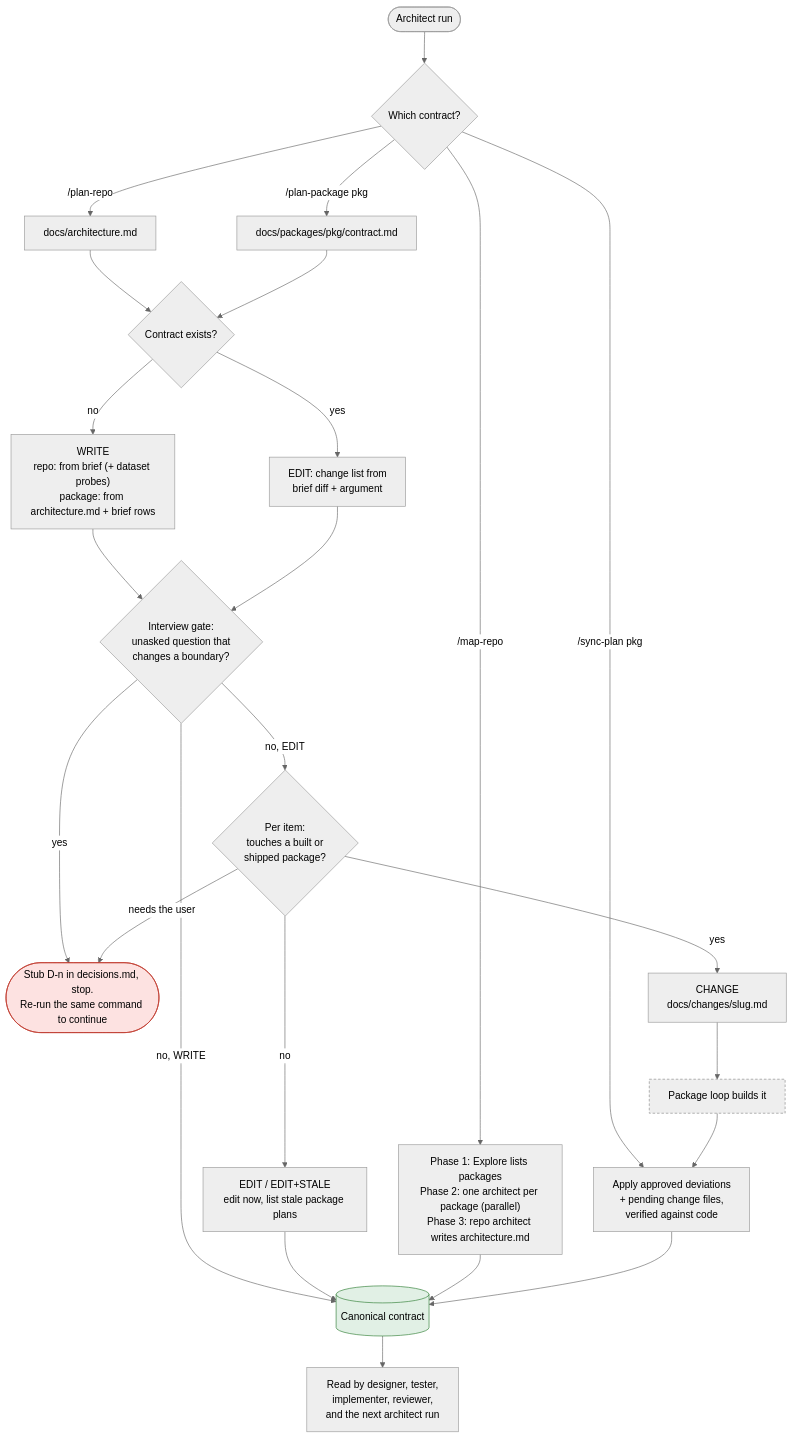
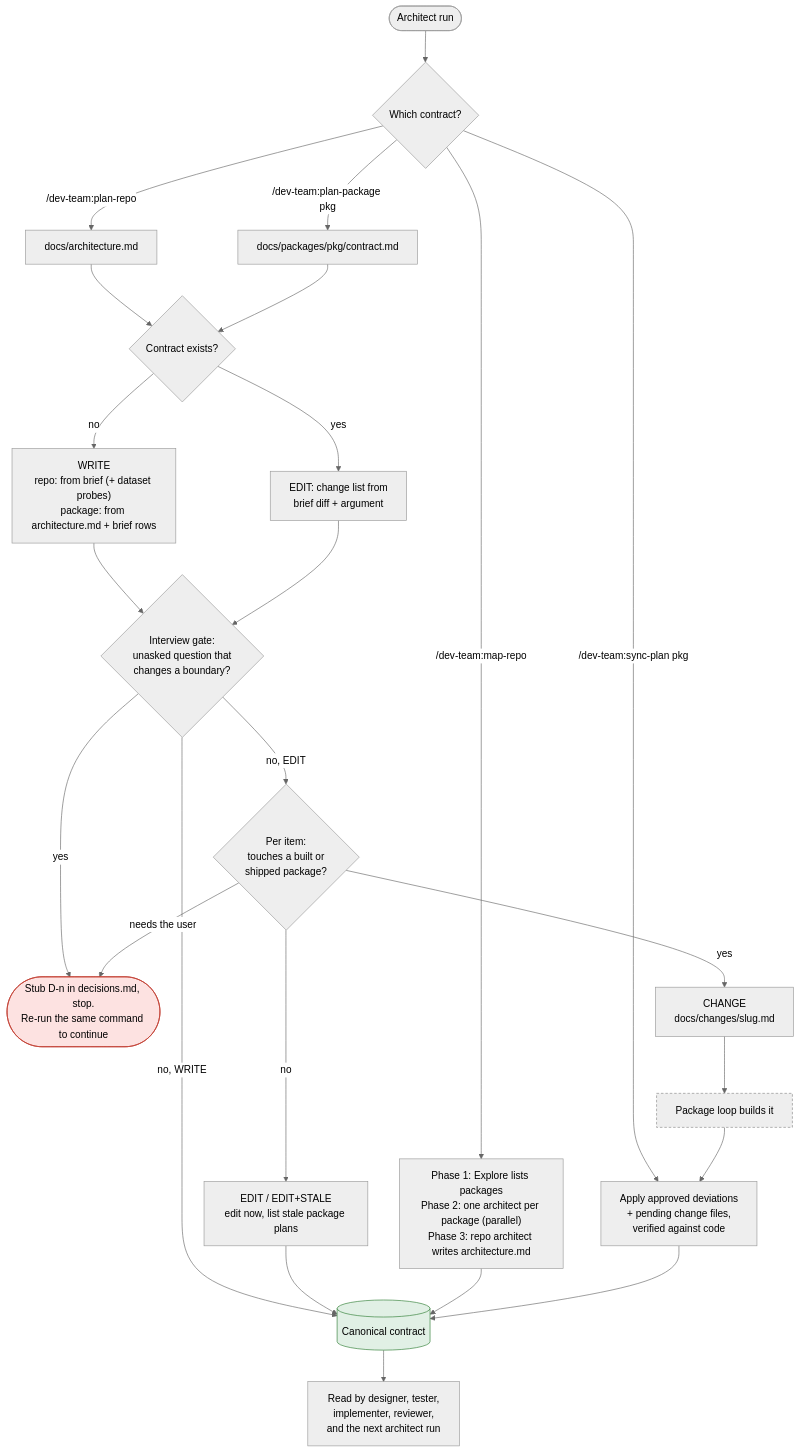
The first of 2 diagrams in dev-team/site/notes/remake-00-workflow.md (cott435/cott-plugins), drawn with Mermaid (neutral theme) before and after one commit. The commit also changed other lines of this file and 1 other file, not shown here.

Commit message:
dev-team remake (design): six roles, one derived-state driver, hooks for mechanical checks
Approved design for the dev-team remake, written by design-plugin from
site/notes/remake-00-workflow.md and two approval gates. Also prefixes the
five bare commands in the seed's charts so the contract sweep passes 26/26.

````diff
--- a/dev-team/site/notes/remake-00-workflow.md
+++ b/dev-team/site/notes/remake-00-workflow.md
@@ -435,35 +435,35 @@
 ```mermaid
 flowchart TD
     START(["Architect run"]) --> LVL{"Which contract?"}
-    LVL -->|"/plan-repo"| REPO["docs/architecture.md"]
-    LVL -->|"/plan-package pkg"| PKG["docs/packages/pkg/contract.md"]
-    LVL -->|"/map-repo"| MAP["Phase 1: Explore lists packages<br/>Phase 2: one architect per package (parallel)<br/>Phase 3: repo architect writes architecture.md"]
-    LVL -->|"/sync-plan pkg"| SYNC["Apply approved deviations<br/>+ pending change files,<br/>verified against code"]
+    LVL -->|"/dev-team:plan-repo"| REPO["docs/architecture.md"]
+    LVL -->|"/dev-team:plan-package pkg"| PKG["docs/packages/pkg/contract.md"]
+    LVL -->|"/dev-team:map-repo"| MAP["Phase 1: Explore lists packages<br/>Phase 2: one architect per package (parallel)<br/>Phase 3: repo architect writes architecture.md"]
+    LVL -->|"/dev-team:sync-plan pkg"| SYNC["Apply approved deviations<br/>+ pending change files,<br/>verified against code"]
 
     REPO --> VERB{"Contract exists?"}
     PKG --> VERB
     VERB -->|"no"| WRITE["WRITE<br/>repo: from brief (+ dataset probes)<br/>package: from architecture.md + brief rows"]
     VERB -->|"yes"| LIST["EDIT: change list from<br/>brief diff + argument"]
 
     WRITE --> GATE{"Interview gate:<br/>unasked question that<br/>changes a boundary?"}
     LIST --> GATE
     GATE -->|"yes"| STOP(["Stub D-n in decisions.md, stop.<br/>Re-run the same command to continue"])
     GATE -->|"no, WRITE"| CANON[("Canonical contract")]
     GATE -->|"no, EDIT"| EACH{"Per item:<br/>touches a built or<br/>shipped package?"}
     EACH -->|"no"| DIRECT["EDIT / EDIT+STALE<br/>edit now, list stale package plans"]
     EACH -->|"yes"| DELTA["CHANGE<br/>docs/changes/slug.md"]
     EACH -->|"needs the user"| STOP
     DIRECT --> CANON
     DELTA --> LOOP["Package loop builds it"]
     LOOP --> SYNC
     MAP --> CANON
     SYNC --> CANON
     CANON --> NEXT["Read by designer, tester,<br/>implementer, reviewer,<br/>and the next architect run"]
 
     classDef stop fill:#fde2e1,stroke:#c0392b,color:#000
     classDef canon fill:#e1f0e5,stroke:#2e7d32,color:#000
     classDef out fill:#eeeeee,stroke:#888,color:#000,stroke-dasharray:4 3
     class STOP stop
     class CANON canon
     class LOOP out
 ```
````
